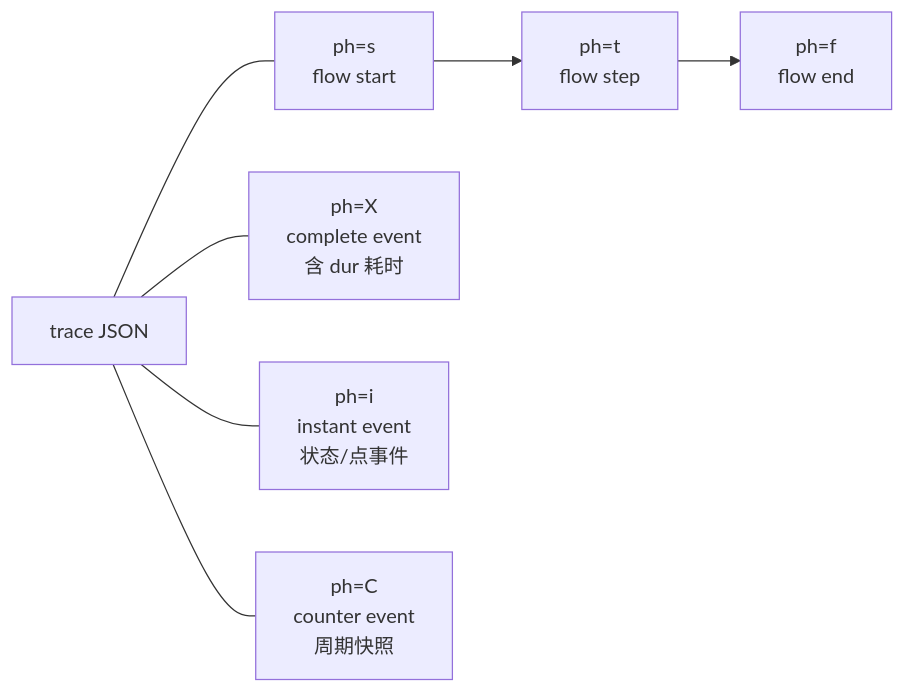
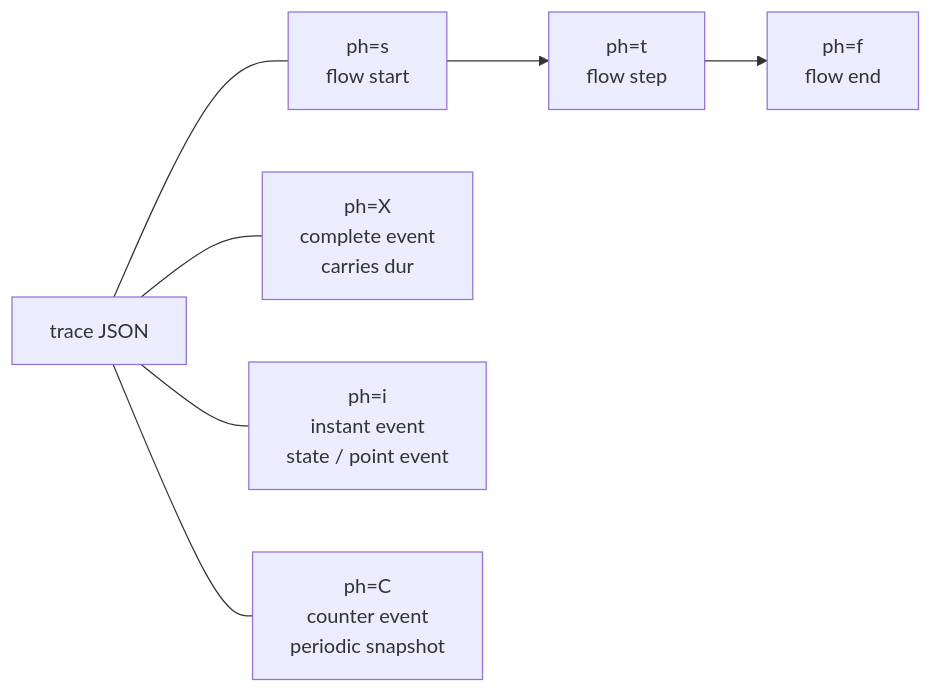
One commit to shadowwingz/Onward-Agent-Workbench changed the first of 12 diagrams in docs/performance-trace-mermaid.md. Above: the diagram before and after it, drawn with Mermaid. The commit also changed other lines of this file and 10 other files, not shown here.

````diff
--- a/docs/performance-trace-mermaid.md
+++ b/docs/performance-trace-mermaid.md
@@ -29,13 +35,13 @@
 ```mermaid
 flowchart LR
   start["ph=s<br/>flow start"] --> step["ph=t<br/>flow step"]
   step --> finish["ph=f<br/>flow end"]
-  complete["ph=X<br/>complete event<br/>含 dur 耗时"]
-  instant["ph=i<br/>instant event<br/>状态/点事件"]
-  counter["ph=C<br/>counter event<br/>周期快照"]
+  complete["ph=X<br/>complete event<br/>carries dur"]
+  instant["ph=i<br/>instant event<br/>state / point event"]
+  counter["ph=C<br/>counter event<br/>periodic snapshot"]
 
   file["trace JSON"] --- start
   file --- complete
   file --- instant
   file --- counter
 ```
````
